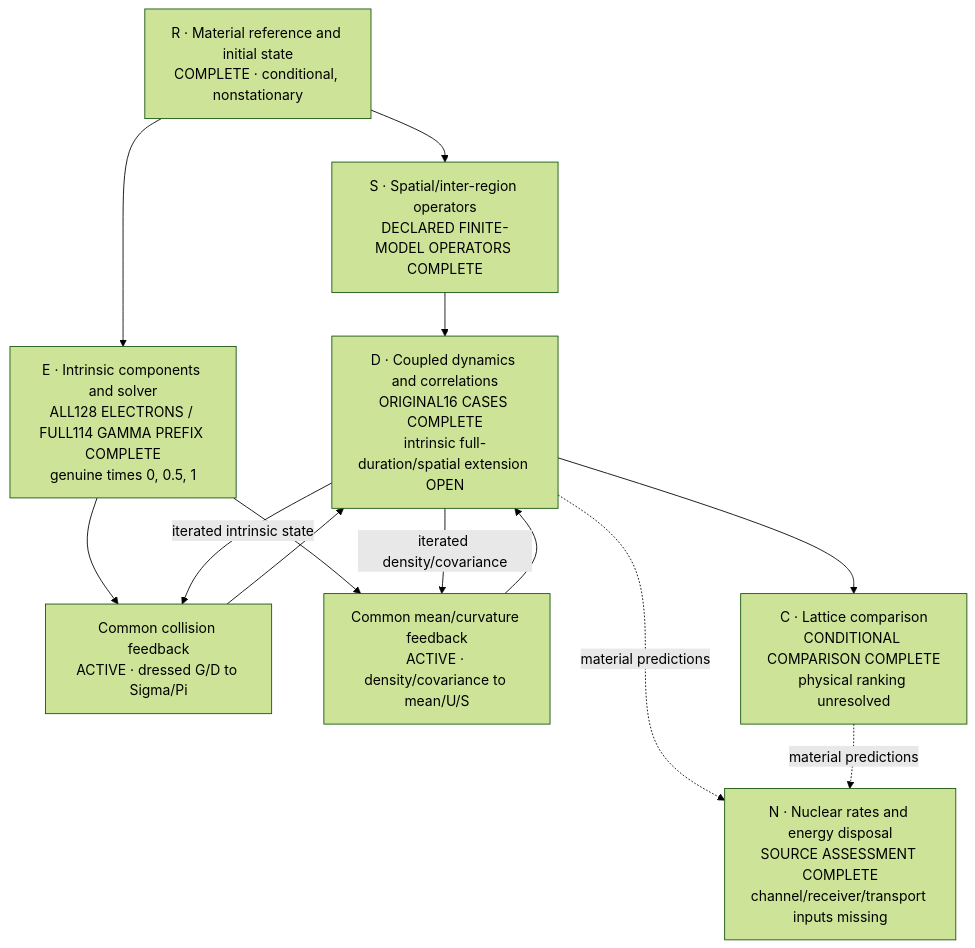
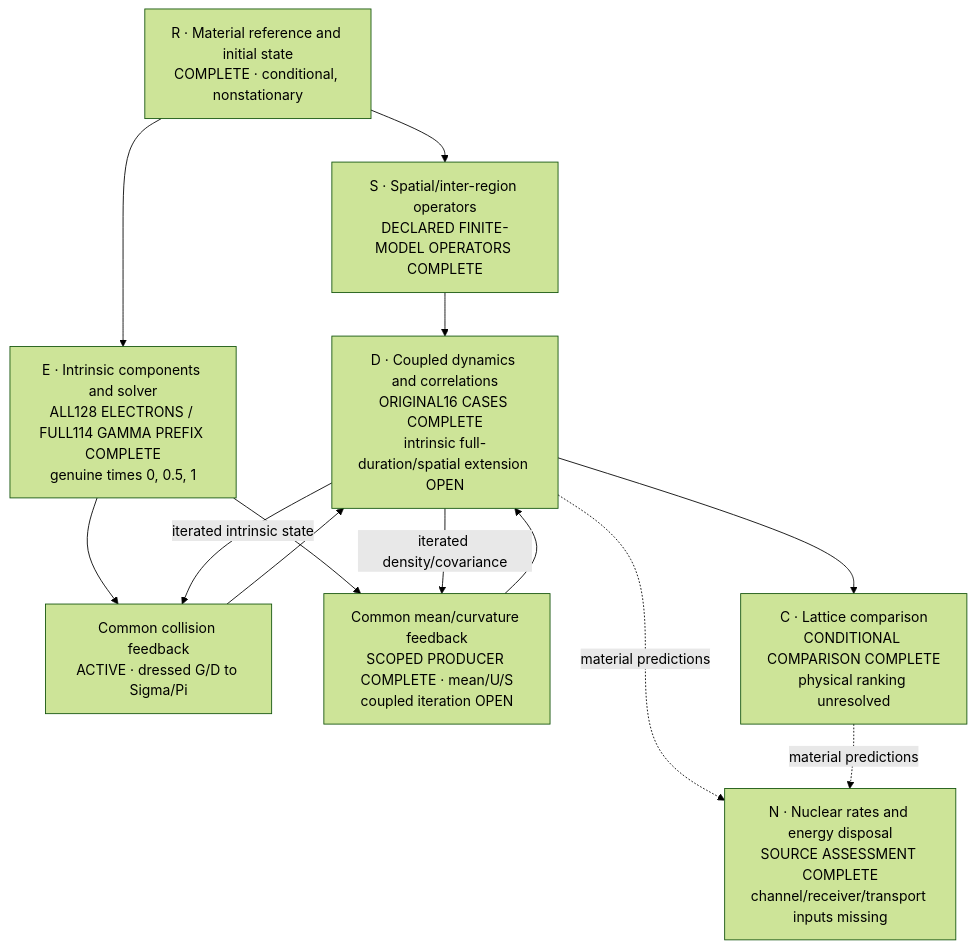
The diagram in proposals/P254-ni-collective-response/SOLUTION.md (vantasnerdan/substrate-framework), drawn with Mermaid (forest theme) before and after one commit. The commit also changed other lines of this file and 42 other files, not shown here.

Commit message:
P254: complete actual common mean feedback and reuse paid bath forcing

````diff
--- a/proposals/P254-ni-collective-response/SOLUTION.md
+++ b/proposals/P254-ni-collective-response/SOLUTION.md
@@ -16,23 +16,23 @@
 ```mermaid
 flowchart TD
     R["R · Material reference and initial state<br/>COMPLETE · conditional, nonstationary"]
     S["S · Spatial/inter-region operators<br/>DECLARED FINITE-MODEL OPERATORS COMPLETE"]
     E0["E · Intrinsic components and solver<br/>ALL128 ELECTRONS / FULL114 GAMMA PREFIX COMPLETE<br/>genuine times 0, 0.5, 1"]
     EF["Common collision feedback<br/>ACTIVE · dressed G/D to Sigma/Pi"]
-    EM["Common mean/curvature feedback<br/>ACTIVE · density/covariance to mean/U/S"]
+    EM["Common mean/curvature feedback<br/>SCOPED PRODUCER COMPLETE · mean/U/S<br/>coupled iteration OPEN"]
     D["D · Coupled dynamics and correlations<br/>ORIGINAL16 CASES COMPLETE<br/>intrinsic full-duration/spatial extension OPEN"]
     C["C · Lattice comparison<br/>CONDITIONAL COMPARISON COMPLETE<br/>physical ranking unresolved"]
     N["N · Nuclear rates and energy disposal<br/>SOURCE ASSESSMENT COMPLETE<br/>channel/receiver/transport inputs missing"]
     R --> S
     R --> E0
     E0 --> EF
     E0 --> EM
     EF --> D
     EM --> D
     S --> D
     D -- "iterated intrinsic state" --> EF
     D -- "iterated density/covariance" --> EM
     D --> C
     D -. "material predictions" .-> N
     C -. "material predictions" .-> N
 ```
````
